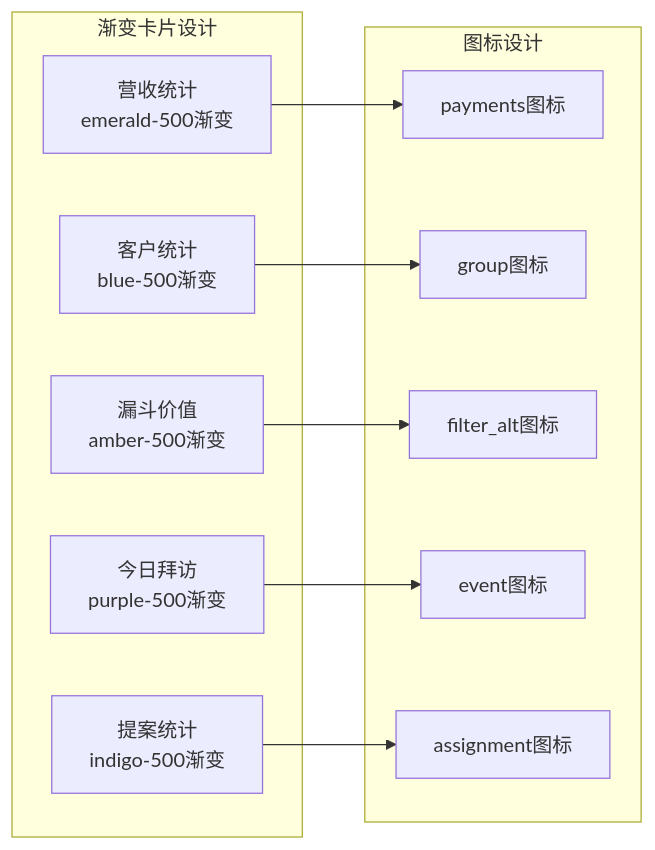
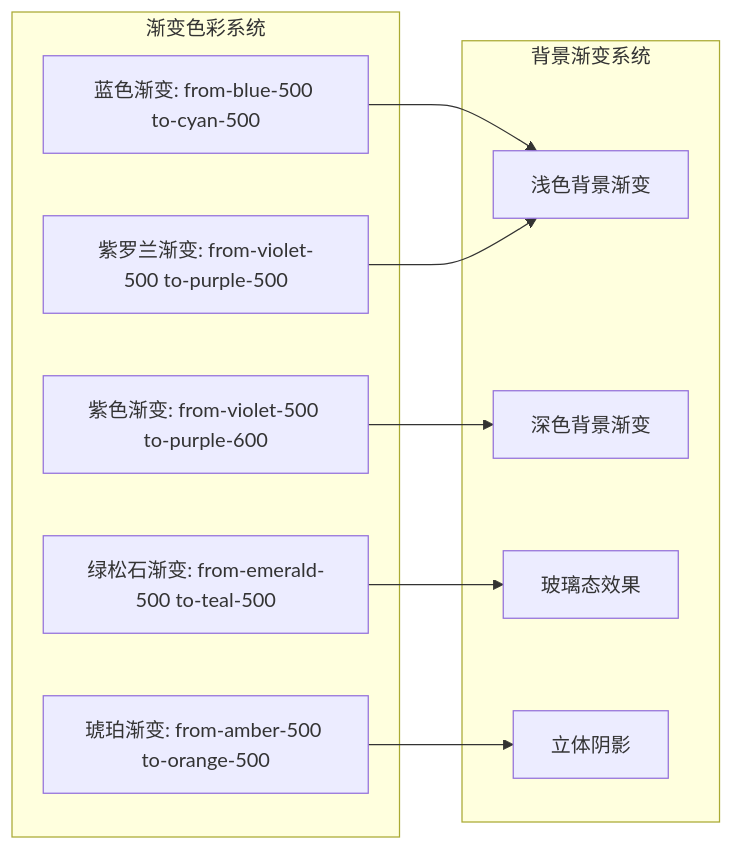
Before and after one commit to xianjianshenqu/SalesFlow-CRM: diagram 23 of 27 in .qoder/repowiki/zh/content/Pre Sales Dashboard.md, drawn with Mermaid. The commit also changed other lines of this file and 11 other files, not shown here.

````diff
--- a/.qoder/repowiki/zh/content/Pre Sales Dashboard.md
+++ b/.qoder/repowiki/zh/content/Pre Sales Dashboard.md
@@ -894,22 +924,21 @@
 ```mermaid
 graph LR
-subgraph "渐变卡片设计"
-Payments[营收统计<br/>emerald-500渐变]
-Customers[客户统计<br/>blue-500渐变]
-Funnel[漏斗价值<br/>amber-500渐变]
-Visits[今日拜访<br/>purple-500渐变]
-Proposals[提案统计<br/>indigo-500渐变]
+subgraph "渐变色彩系统"
+BlueGradient[蓝色渐变: from-blue-500 to-cyan-500]
+PurpleGradient[紫色渐变: from-violet-500 to-purple-600]
+EmeraldGradient[绿松石渐变: from-emerald-500 to-teal-500]
+AmberGradient[琥珀渐变: from-amber-500 to-orange-500]
+VioletGradient[紫罗兰渐变: from-violet-500 to-purple-500]
 end
-subgraph "图标设计"
-PaymentsIcon[payments图标]
-CustomersIcon[group图标]
-FunnelIcon[filter_alt图标]
-VisitsIcon[event图标]
-ProposalsIcon[assignment图标]
+subgraph "背景渐变系统"
+LightBackground[浅色背景渐变]
+DarkBackground[深色背景渐变]
+GlassEffect[玻璃态效果]
+ElevationShadow[立体阴影]
 end
-Payments --> PaymentsIcon
-Customers --> CustomersIcon
-Funnel --> FunnelIcon
-Visits --> VisitsIcon
-Proposals --> ProposalsIcon
+BlueGradient --> LightBackground
+PurpleGradient --> DarkBackground
+EmeraldGradient --> GlassEffect
+AmberGradient --> ElevationShadow
+VioletGradient --> LightBackground
 ```
````
